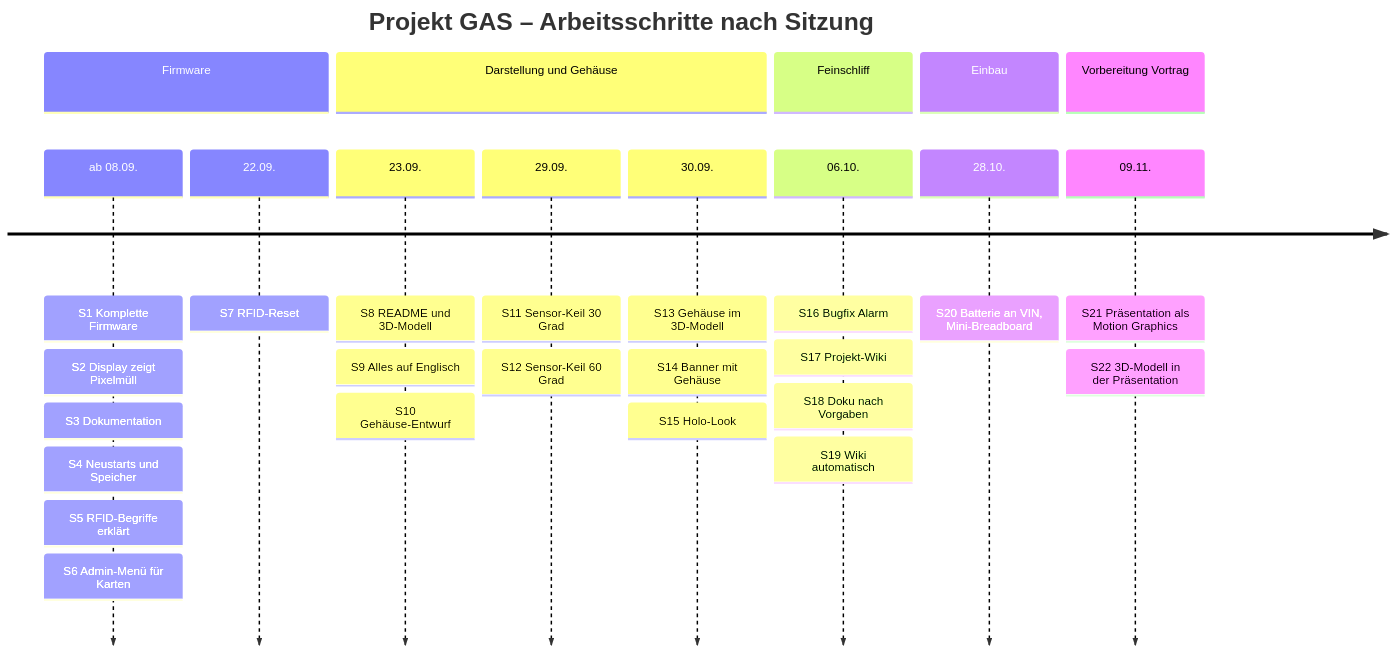
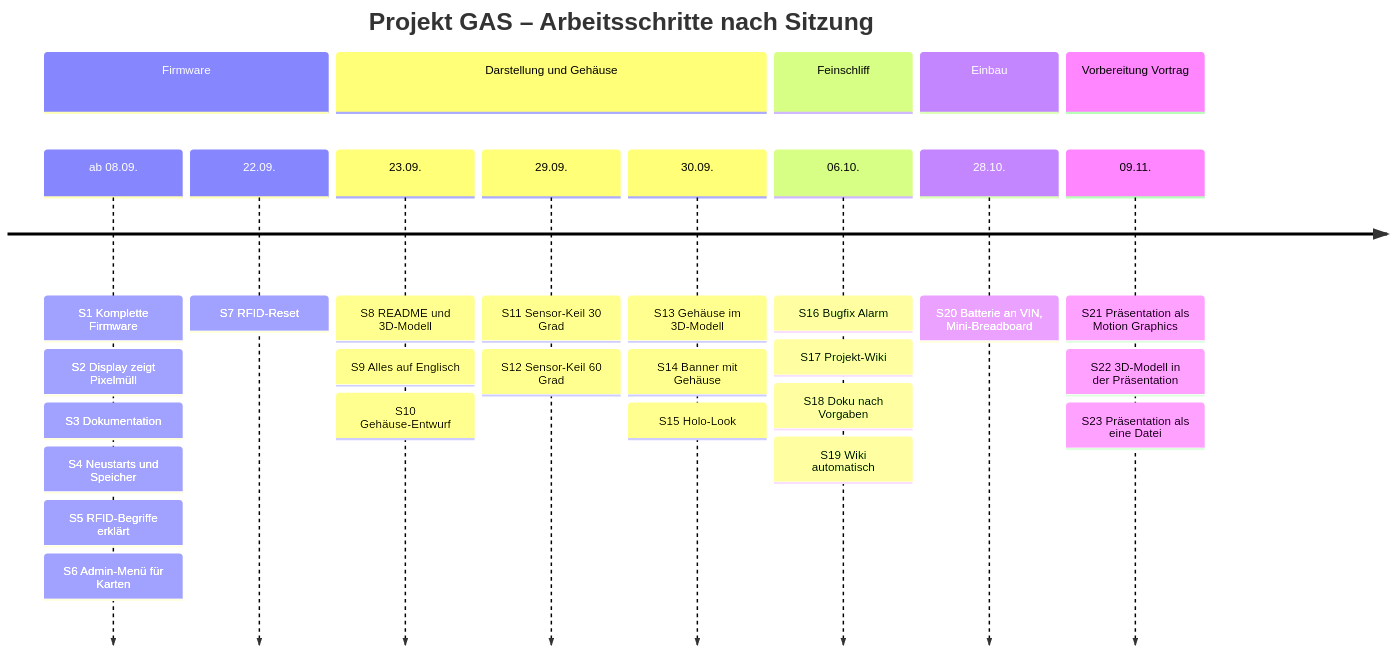
Before and after one commit to BBZ-AIFS51/LF7-Projekt_GAS: the first of 3 diagrams in wiki/Entwicklungsverlauf.md, drawn with Mermaid. The commit also changed other lines of this file and 6 other files, not shown here.

````diff
--- a/wiki/Entwicklungsverlauf.md
+++ b/wiki/Entwicklungsverlauf.md
@@ -25,31 +25,32 @@
 ```mermaid
 timeline
     title Projekt GAS – Arbeitsschritte nach Sitzung
     section Firmware
         ab 08.09. : S1 Komplette Firmware
                   : S2 Display zeigt Pixelmüll
                   : S3 Dokumentation
                   : S4 Neustarts und Speicher
                   : S5 RFID-Begriffe erklärt
                   : S6 Admin-Menü für Karten
         22.09. : S7 RFID-Reset
     section Darstellung und Gehäuse
         23.09. : S8 README und 3D-Modell
                : S9 Alles auf Englisch
                : S10 Gehäuse-Entwurf
         29.09. : S11 Sensor-Keil 30 Grad
                : S12 Sensor-Keil 60 Grad
         30.09. : S13 Gehäuse im 3D-Modell
                : S14 Banner mit Gehäuse
                : S15 Holo-Look
     section Feinschliff
         06.10. : S16 Bugfix Alarm
                : S17 Projekt-Wiki
                : S18 Doku nach Vorgaben
                : S19 Wiki automatisch
     section Einbau
         28.10. : S20 Batterie an VIN, Mini-Breadboard
     section Vorbereitung Vortrag
         09.11. : S21 Präsentation als Motion Graphics
                : S22 3D-Modell in der Präsentation
+               : S23 Präsentation als eine Datei
 ```
````
